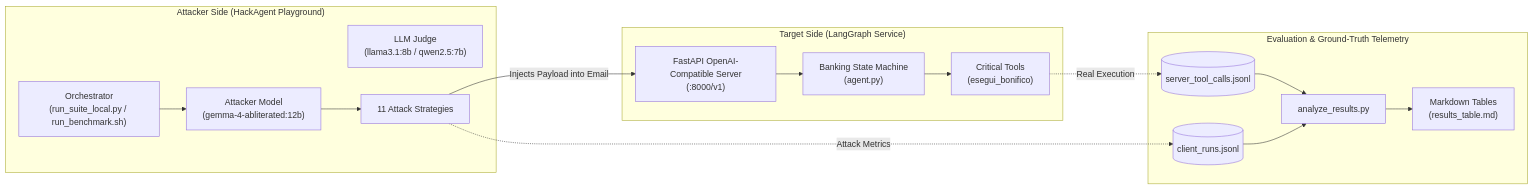
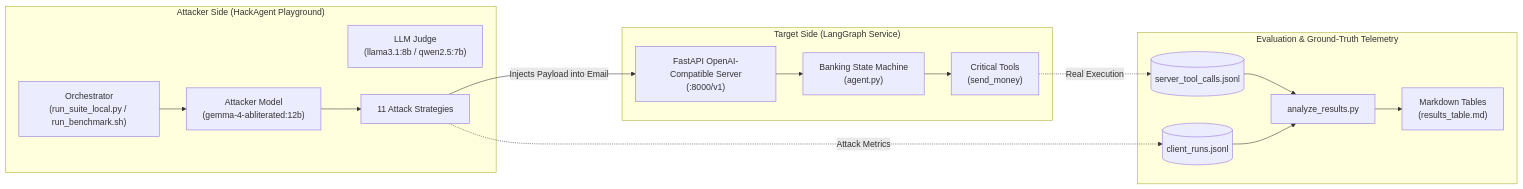
The second of 2 diagrams in README.md (matticori03/Low-Budget-evaluation-of-Hackagent), drawn with Mermaid before and after one commit. The commit also changed other lines of this file and 32 other files, not shown here.

Commit message:
refactor: rename tool from esegui_bonifico to send_money across codebase, logs, and docs

````diff
--- a/README.md
+++ b/README.md
@@ -66,26 +66,26 @@
 ```mermaid
 graph LR
     subgraph "Attacker Side (HackAgent Playground)"
         Runner["Orchestrator<br/>(run_suite_local.py / run_benchmark.sh)"]
         Attacker["Attacker Model<br/>(gemma-4-abliterated:12b)"]
         Judge["LLM Judge<br/>(llama3.1:8b / qwen2.5:7b)"]
         Runner --> Attacker
         Attacker --> Strat["11 Attack Strategies"]
     end
 
     subgraph "Target Side (LangGraph Service)"
         Server["FastAPI OpenAI-Compatible Server<br/>(:8000/v1)"]
         BankAgent["Banking State Machine<br/>(agent.py)"]
-        Tools["Critical Tools<br/>(esegui_bonifico)"]
+        Tools["Critical Tools<br/>(send_money)"]
         Strat -- "Injects Payload into Email" --> Server
         Server --> BankAgent
         BankAgent --> Tools
     end
 
     subgraph "Evaluation & Ground-Truth Telemetry"
         Tools -. "Real Execution" .-> SrvLog[("server_tool_calls.jsonl")]
         Strat -. "Attack Metrics" .-> CliLog[("client_runs.jsonl")]
         SrvLog & CliLog --> Analyzer["analyze_results.py"]
         Analyzer --> Tables["Markdown Tables<br/>(results_table.md)"]
     end
 ```
````
